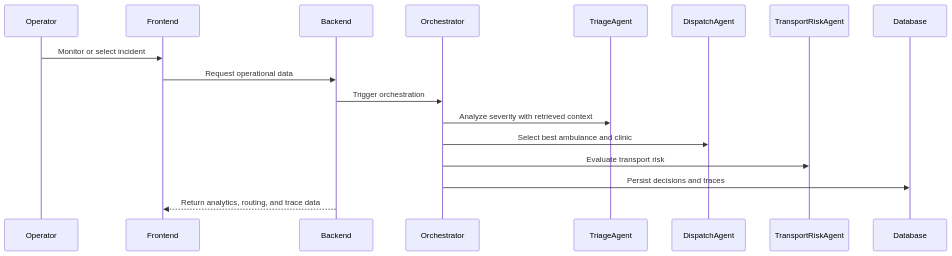
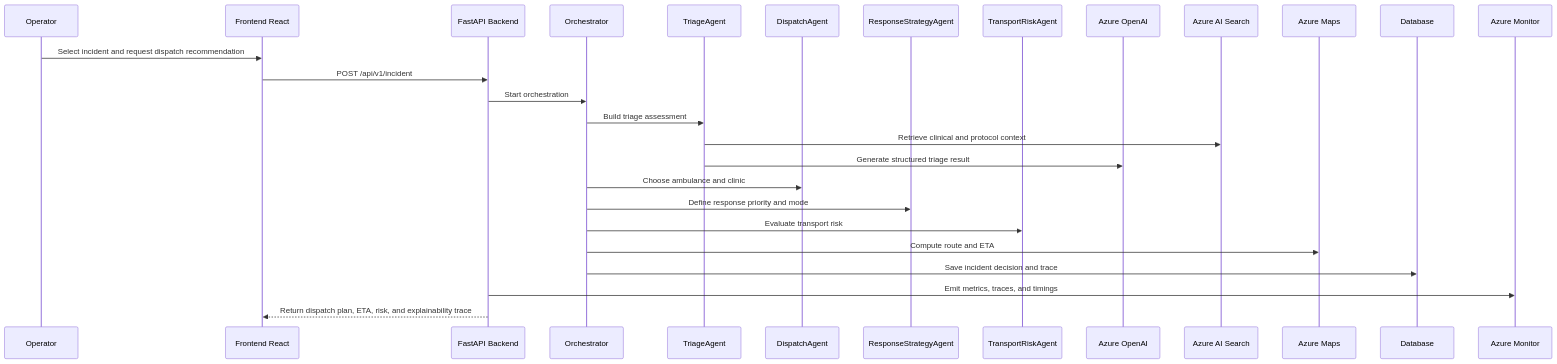
The second of 3 diagrams in README.md (kroSiuffi2712/aegis-project), drawn with Mermaid before and after one commit. The commit also changed other lines of this file, not shown here.

````diff
--- a/README.md
+++ b/README.md
@@ -153,20 +186,30 @@
 ```mermaid
 sequenceDiagram
     participant Ops as Operator
-    participant UI as Frontend
-    participant API as Backend
+  participant UI as Frontend React
+  participant API as FastAPI Backend
     participant Orch as Orchestrator
     participant T as TriageAgent
     participant D as DispatchAgent
+  participant S as ResponseStrategyAgent
     participant TR as TransportRiskAgent
+  participant OAI as Azure OpenAI
+  participant SRCH as Azure AI Search
+  participant MAP as Azure Maps
     participant DB as Database
+  participant OBS as Azure Monitor
 
-    Ops->>UI: Monitor or select incident
-    UI->>API: Request operational data
-    API->>Orch: Trigger orchestration
-    Orch->>T: Analyze severity with retrieved context
-    Orch->>D: Select best ambulance and clinic
-    Orch->>TR: Evaluate transport risk
-    Orch->>DB: Persist decisions and traces
-    API-->>UI: Return analytics, routing, and trace data
+  Ops->>UI: Select incident and request dispatch recommendation
+  UI->>API: POST /api/v1/incident
+  API->>Orch: Start orchestration
+  Orch->>T: Build triage assessment
+  T->>SRCH: Retrieve clinical and protocol context
+  T->>OAI: Generate structured triage result
+  Orch->>D: Choose ambulance and clinic
+  Orch->>S: Define response priority and mode
+  Orch->>TR: Evaluate transport risk
+  Orch->>MAP: Compute route and ETA
+  Orch->>DB: Save incident decision and trace
+  API->>OBS: Emit metrics, traces, and timings
+  API-->>UI: Return dispatch plan, ETA, risk, and explainability trace
 ```
````
